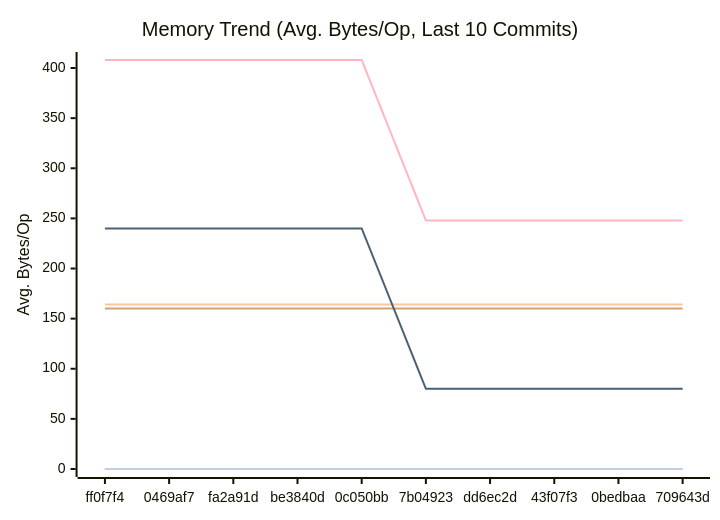
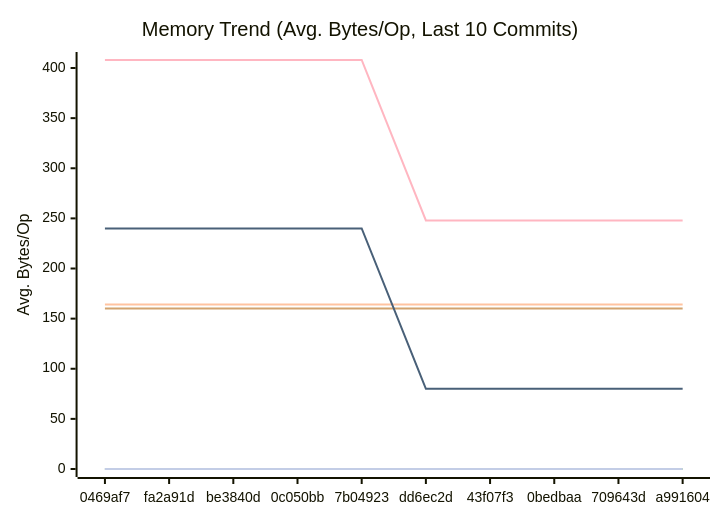
The second of 3 diagrams in docs/PERFORMANCE.md (alsotoes/momo), drawn with Mermaid before and after one commit. The commit also changed other lines of this file and 3 other files, not shown here.

````diff
--- a/docs/PERFORMANCE.md
+++ b/docs/PERFORMANCE.md
@@ -97,16 +97,16 @@
 ```mermaid
 xychart-beta
     title "Memory Trend (Avg. Bytes/Op, Last 10 Commits)"
     x-axis "Commit"
     y-axis "Avg. Bytes/Op"
-    x-axis [ff0f7f4,0469af7,fa2a91d,be3840d,0c050bb,7b04923,dd6ec2d,43f07f3,0bedbaa,709643d]
+    x-axis [0469af7,fa2a91d,be3840d,0c050bb,7b04923,dd6ec2d,43f07f3,0bedbaa,709643d,a991604]
     line "CheckMetricsAndSwap" [0,0,0,0,0,0,0,0,0,0]
     line "CrushOptimized" [0,0,0,0,0,0,0,0,0,0]
     line "CrushOriginal" [164,164,164,164,164,164,164,164,164,164]
     line "IndexDirectTracking" [0,0,0,0,0,0,0,0,0,0]
     line "IndexSearch" [0,0,0,0,0,0,0,0,0,0]
     line "LoadGlobalConfig" [160,160,160,160,160,160,160,160,160,160]
     line "PadString" [0,0,0,0,0,0,0,0,0,0]
     line "ParseReplicationOrder_NoPrealloc" [408,408,408,408,408,248,248,248,248,248]
     line "ParseReplicationOrder_Prealloc" [240,240,240,240,240,80,80,80,80,80]
 ```
````
